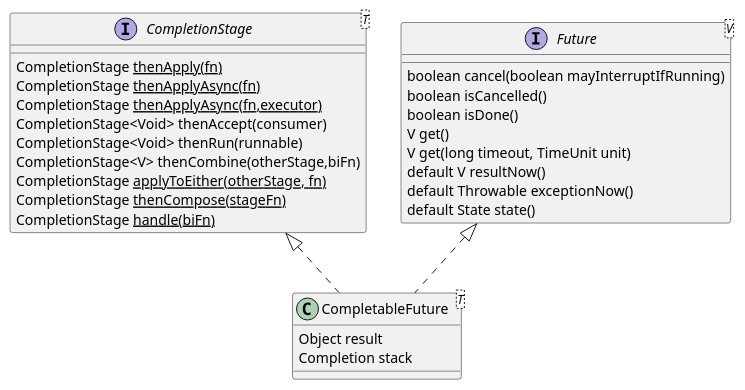
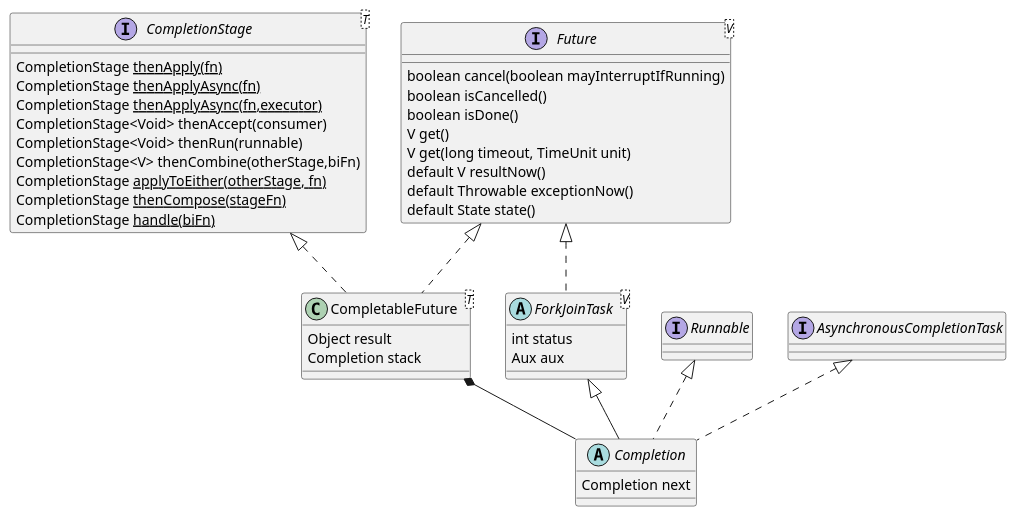
The second of 2 diagrams in content/post/java/concurrency/scheduling.md (kevinwang930/kevinwang930.github.io), drawn with PlantUML before and after one commit. The commit also changed other lines of this file and 4 other files, not shown here.

````diff
--- a/content/post/java/concurrency/scheduling.md
+++ b/content/post/java/concurrency/scheduling.md
@@ -199,29 +131,40 @@
 ```plantuml
 interface CompletionStage<T>  {
      CompletionStage<U> thenApply(fn)
      CompletionStage<U> thenApplyAsync(fn)
      CompletionStage<U> thenApplyAsync(fn,executor)
      CompletionStage<Void> thenAccept(consumer)
      CompletionStage<Void> thenRun(runnable)
      CompletionStage<V> thenCombine(otherStage,biFn)
      CompletionStage<U> applyToEither(otherStage, fn)
      CompletionStage<U> thenCompose(stageFn)
      CompletionStage<U> handle(biFn)
 }
 
 interface Future<V> {
     boolean cancel(boolean mayInterruptIfRunning)
     boolean isCancelled()
     boolean isDone()
     V get() 
     V get(long timeout, TimeUnit unit)
     default V resultNow() 
     default Throwable exceptionNow()
     default State state()
 }
 
 class CompletableFuture<T> implements Future, CompletionStage {
     Object result
     Completion stack
 }
+
+abstract class Completion extends ForkJoinTask<Void> implements Runnable,AsynchronousCompletionTask {
+    Completion next
+        }
+
+abstract class ForkJoinTask<V> implements Future {
+    int status
+    Aux aux
+}
+
+CompletableFuture *-down- Completion
 ```
````
